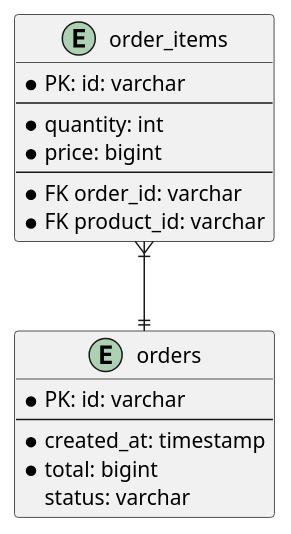
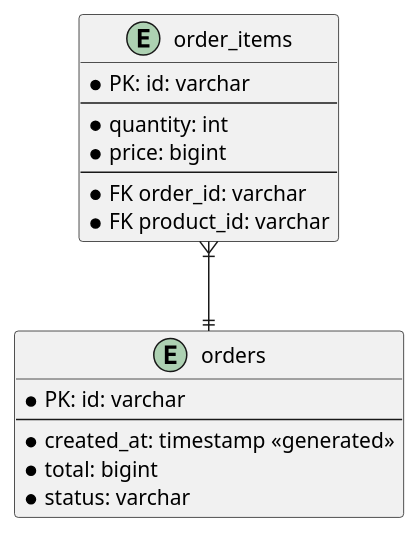
The diagram in 1-documentation/er-diagram/script/order.puml (sokimaaa/6CORE), drawn with PlantUML before and after one commit. The commit also changed 2 other files, not shown here.

```diff
--- a/1-documentation/er-diagram/script/order.puml
+++ b/1-documentation/er-diagram/script/order.puml
@@ -1,24 +1,24 @@
 @startuml
 'https://plantuml.com/ie-diagram
 
 entity "order_items" as ori {
  * PK: id: varchar
  --
  * quantity: int
  * price: bigint
  --
  * FK order_id: varchar
  * FK product_id: varchar
 }
 
 entity "orders" as or {
  * PK: id: varchar
  --
- * created_at: timestamp
+ * created_at: timestamp <<generated>>
  * total: bigint
-  status: varchar
+ * status: varchar
 }
 
 ori }|--|| or
 
 @enduml
```
